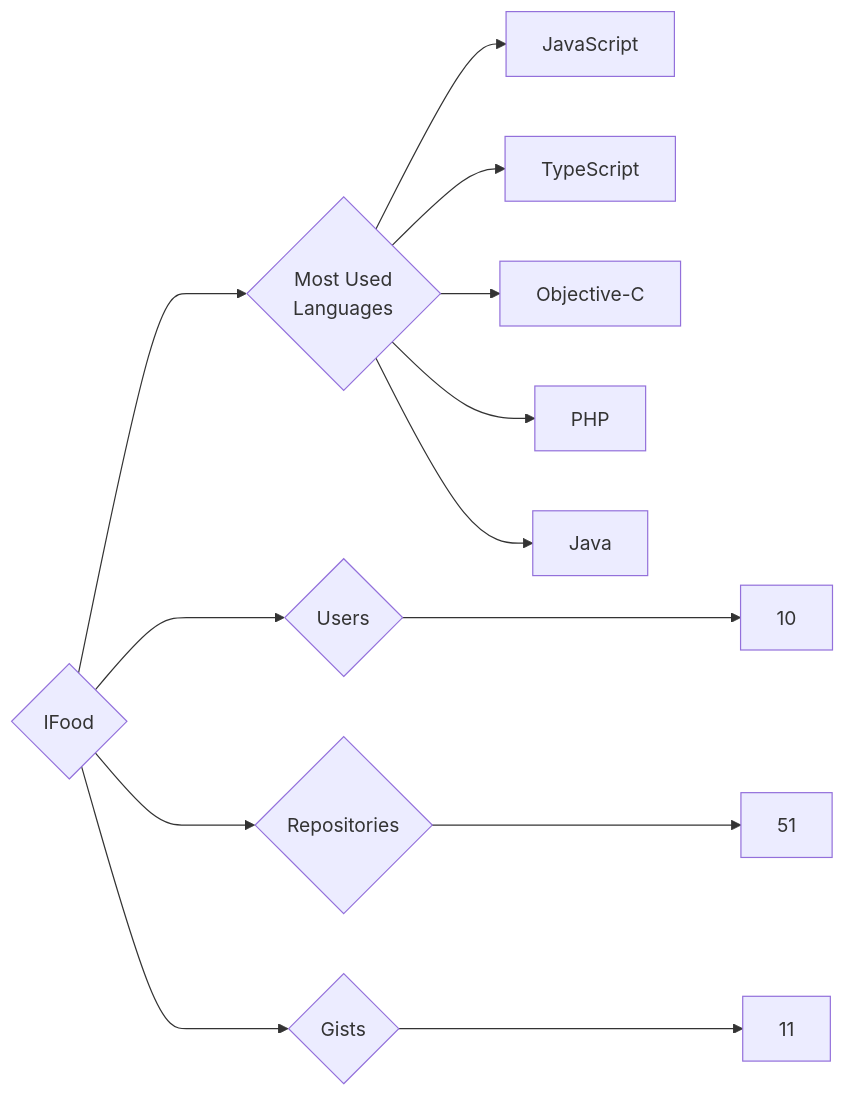
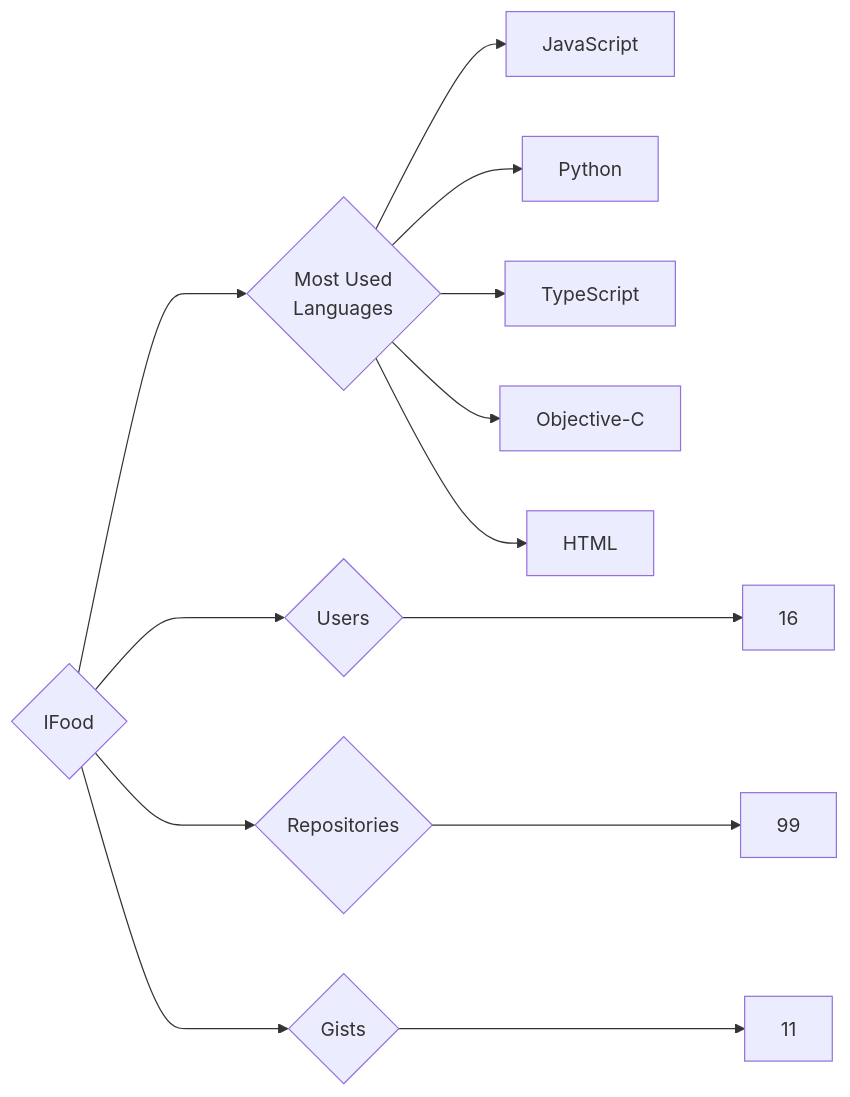
One commit to trickest/insiders changed the diagram in targets/IFood/README.md. Above: the diagram before and after it, drawn with Mermaid. The commit also changed 1238 other files, not shown here.

````diff
--- a/targets/IFood/README.md
+++ b/targets/IFood/README.md
@@ -3,13 +3,13 @@
 ```mermaid
 graph LR
 COMPANY_NAME{IFood}
-COMPANY_NAME ---> U{Users} ---> UN[10]
-COMPANY_NAME ---> R{Repositories} ---> RN[51]
+COMPANY_NAME ---> U{Users} ---> UN[16]
+COMPANY_NAME ---> R{Repositories} ---> RN[99]
 COMPANY_NAME ---> G{Gists} ---> GN[11]
 COMPANY_NAME ---> ML{Most Used<br>Languages}
 ML --> JavaScript[JavaScript]
+ML --> Python[Python]
 ML --> TypeScript[TypeScript]
 ML --> Objective-C[Objective-C]
-ML --> PHP[PHP]
-ML --> Java[Java]
+ML --> HTML[HTML]
 ```
````
